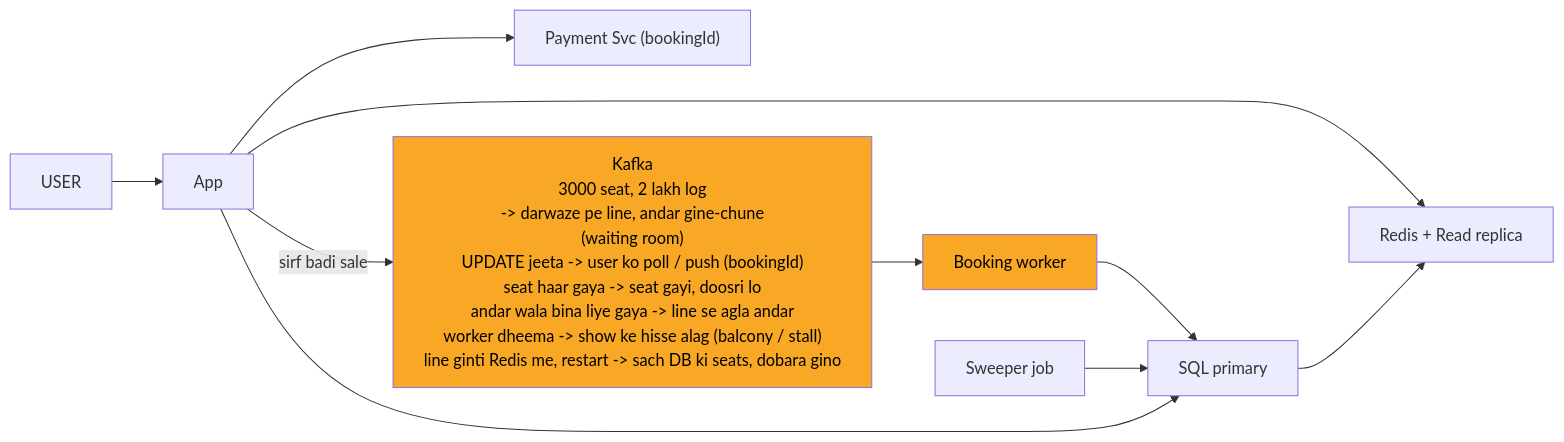
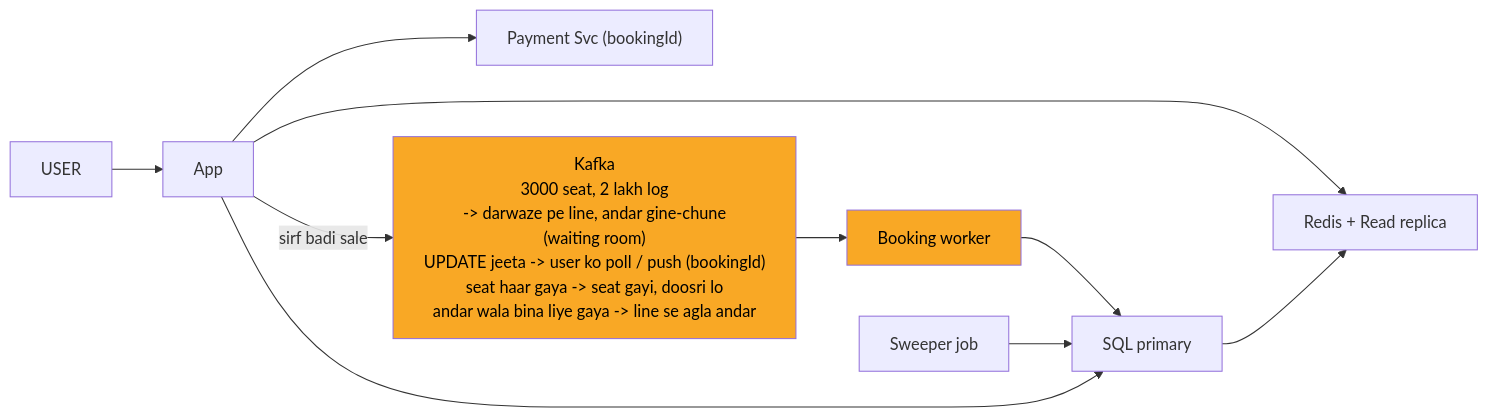
The sixth of 9 diagrams in 04_HLD/SYSTEM_DESIGNS/09_bookmyshow/09_bookmyshow_INTERVIEW.md (ArpanMaheshwari144/Prep), drawn with Mermaid before and after one commit. The commit also changed other lines of this file and 13 other files, not shown here.

````diff
--- a/04_HLD/SYSTEM_DESIGNS/09_bookmyshow/09_bookmyshow_INTERVIEW.md
+++ b/04_HLD/SYSTEM_DESIGNS/09_bookmyshow/09_bookmyshow_INTERVIEW.md
@@ -221,23 +221,23 @@
 ```mermaid
 %%{init: {"flowchart": {"wrappingWidth": 450}}}%%
 flowchart LR
     n_USER["USER"]
     n_App["App"]
     n_Payment_Svc["Payment Svc (bookingId)"]
     n_RRR["Redis + Read replica"]
-    n_Kafka["Kafka<br/>3000 seat, 2 lakh log<br/>-> darwaze pe line, andar gine-chune<br/>(waiting room)<br/>UPDATE jeeta -> user ko poll / push (bookingId)<br/>seat haar gaya -> seat gayi, doosri lo<br/>andar wala bina liye gaya -> line se agla andar<br/>worker dheema -> show ke hisse alag (balcony / stall)<br/>line ginti Redis me, restart -> sach DB ki seats, dobara gino"]
+    n_Kafka["Kafka<br/>3000 seat, 2 lakh log<br/>-> darwaze pe line, andar gine-chune<br/>(waiting room)<br/>UPDATE jeeta -> user ko poll / push (bookingId)<br/>seat haar gaya -> seat gayi, doosri lo<br/>andar wala bina liye gaya -> line se agla andar"]
     n_Booking_worker["Booking worker"]
     n_SQL_primary["SQL primary"]
     n_Sweeper_job["Sweeper job"]
     n_USER --> n_App
     n_App --> n_Payment_Svc
     n_App --> n_RRR
     n_App -->|sirf badi sale| n_Kafka
     n_Kafka --> n_Booking_worker
     n_Booking_worker --> n_SQL_primary
     n_Sweeper_job --> n_SQL_primary
     n_App --> n_SQL_primary
     n_SQL_primary --> n_RRR
     style n_Kafka fill:#f9a825,color:#000
     style n_Booking_worker fill:#f9a825,color:#000
 ```
````
